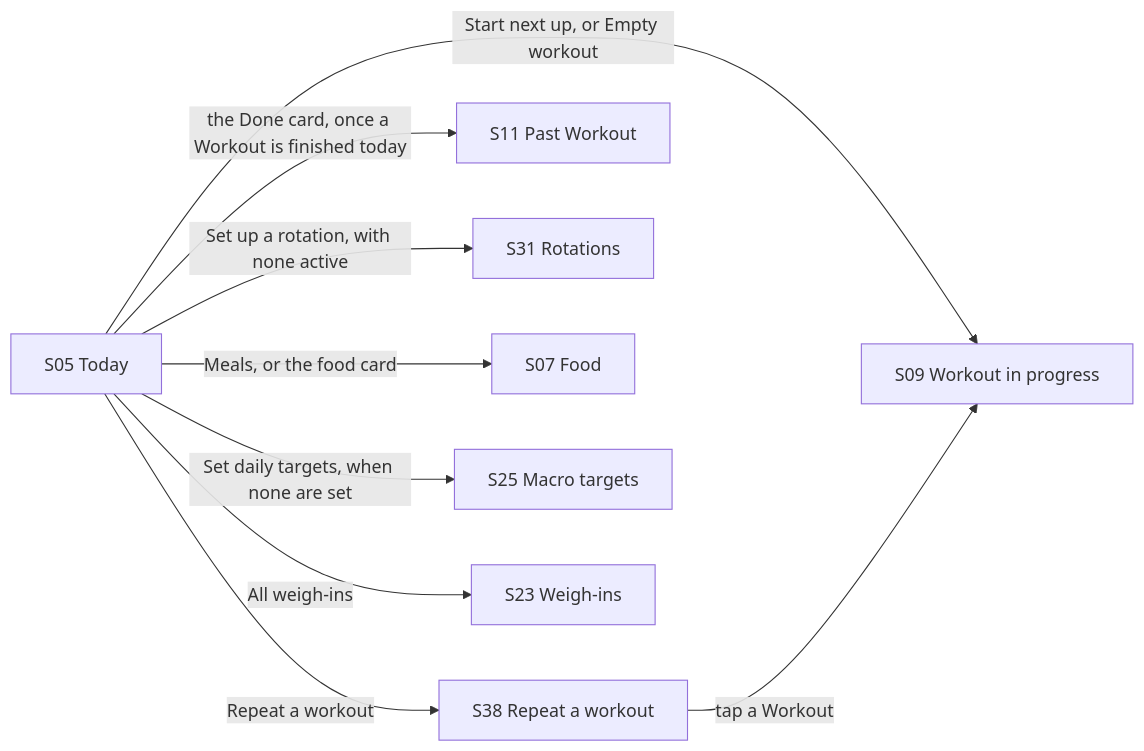
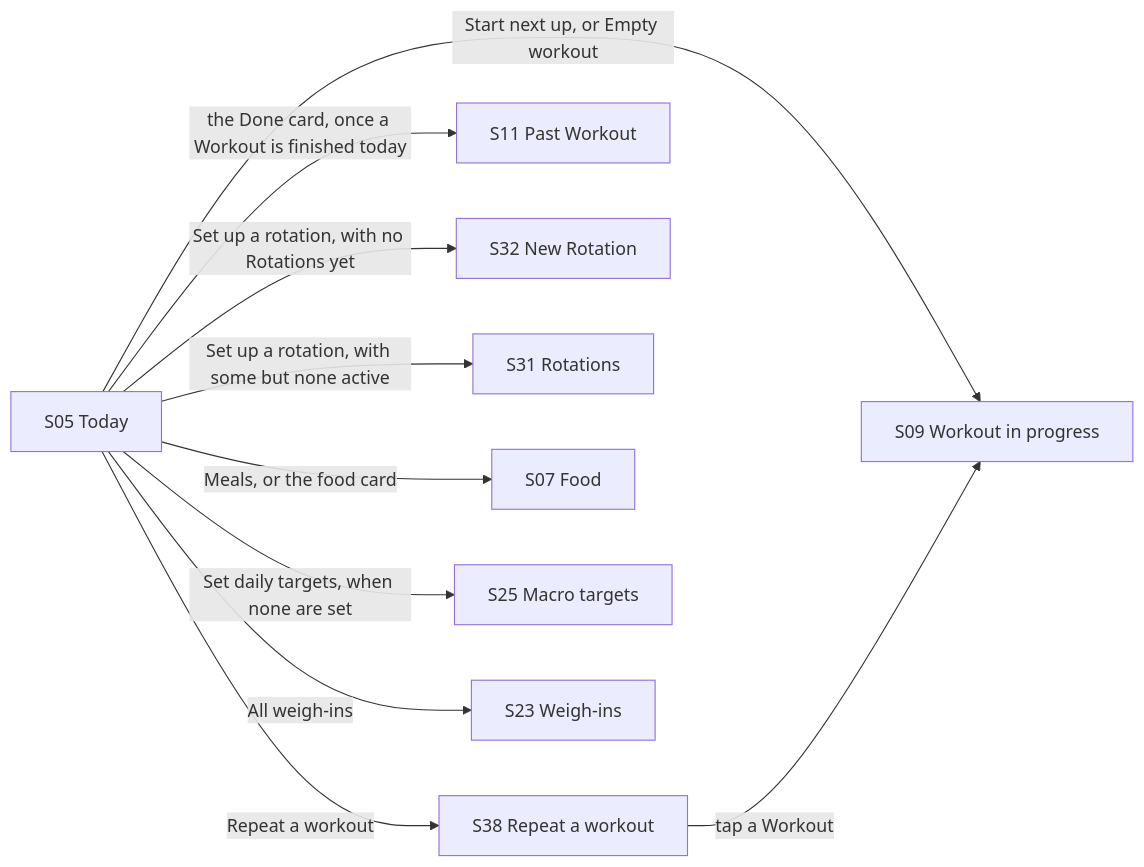
Before and after one commit to kwanlokto/greater-than-zero: the second of 9 diagrams in docs/user-flows.md, drawn with Mermaid. The commit also changed other lines of this file and 5 other files, not shown here.

First line of the commit message:
Set up a Rotation in one run, active from the start

````diff
--- a/docs/user-flows.md
+++ b/docs/user-flows.md
@@ -107,11 +107,12 @@
 ```mermaid
 flowchart LR
   S05["S05 Today"] -->|Start next up, or Empty workout| S09["S09 Workout in progress"]
   S05 -->|Repeat a workout| S38["S38 Repeat a workout"]
   S38 -->|tap a Workout| S09
   S05 -->|the Done card, once a Workout is finished today| S11["S11 Past Workout"]
-  S05 -->|Set up a rotation, with none active| S31["S31 Rotations"]
+  S05 -->|Set up a rotation, with no Rotations yet| S32["S32 New Rotation"]
+  S05 -->|Set up a rotation, with some but none active| S31["S31 Rotations"]
   S05 -->|Meals, or the food card| S07["S07 Food"]
   S05 -->|Set daily targets, when none are set| S25["S25 Macro targets"]
   S05 -->|All weigh-ins| S23["S23 Weigh-ins"]
 ```
````
